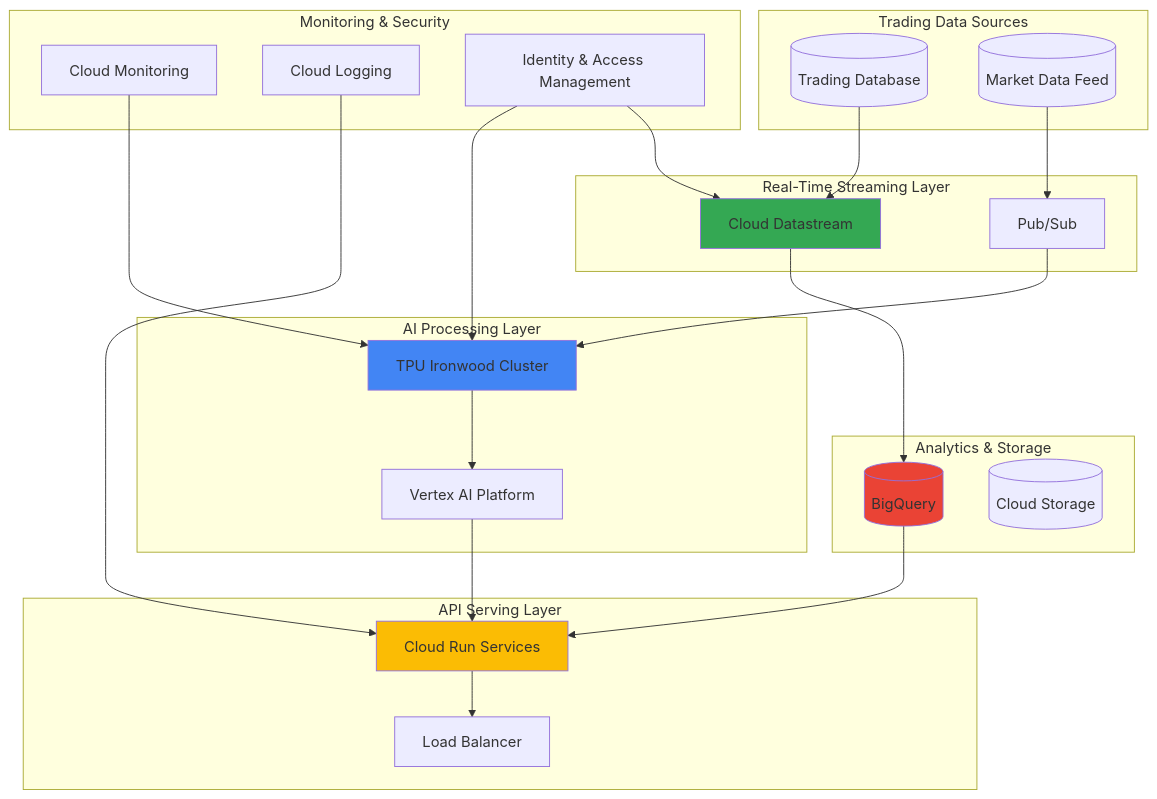
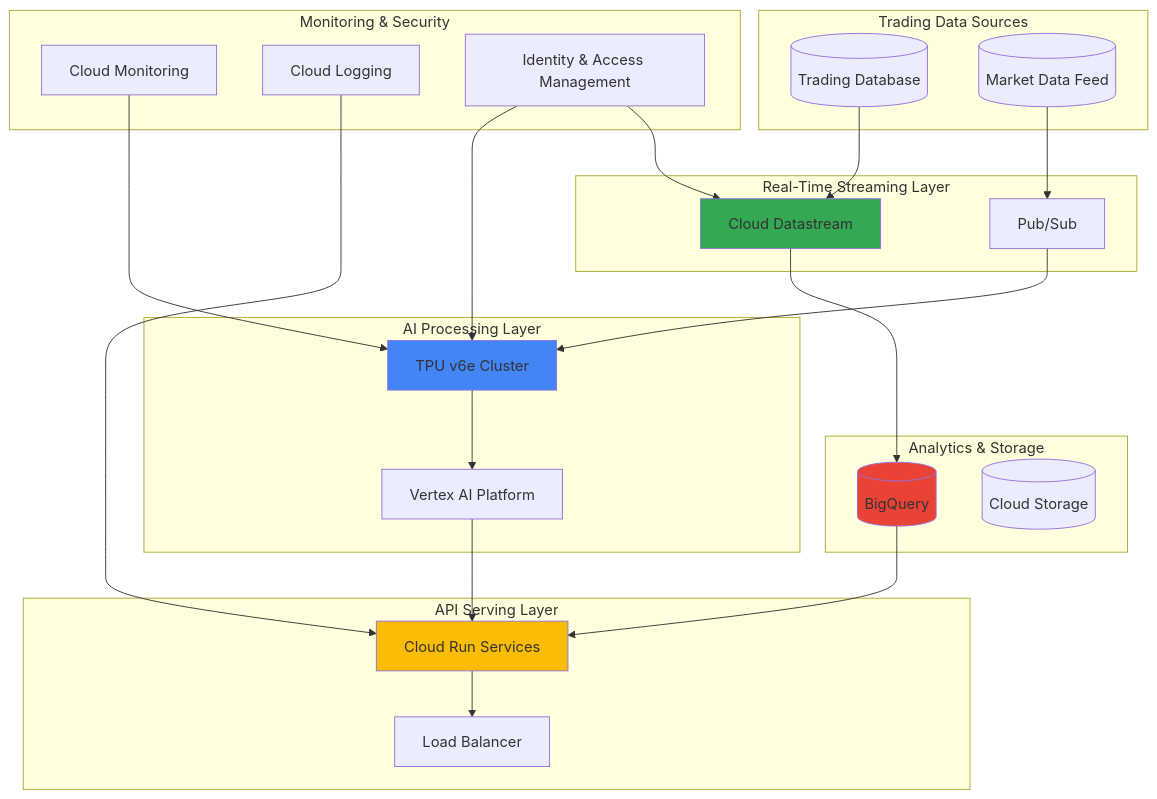
One commit to mzazon/awesome-cloud-projects changed the diagram in gcp/high-frequency-trading-risk-analytics-tpu-ironwood-cloud-datastream/high-frequency-trading-risk-analytics-tpu-ironwood-cloud-datastream.md. Above: the diagram before and after it, drawn with Mermaid. The commit also changed other lines of this file and 5581 other files, not shown here.

````diff
--- a/gcp/high-frequency-trading-risk-analytics-tpu-ironwood-cloud-datastream/high-frequency-trading-risk-analytics-tpu-ironwood-cloud-datastream.md
+++ b/gcp/high-frequency-trading-risk-analytics-tpu-ironwood-cloud-datastream/high-frequency-trading-risk-analytics-tpu-ironwood-cloud-datastream.md
@@ -30,52 +30,52 @@
 ```mermaid
 graph TB
     subgraph "Trading Data Sources"
         TRADING_DB[(Trading Database)]
         MARKET_DATA[(Market Data Feed)]
     end
     
     subgraph "Real-Time Streaming Layer"
         DATASTREAM[Cloud Datastream]
         PUBSUB[Pub/Sub]
     end
     
     subgraph "AI Processing Layer"
-        TPU_IRONWOOD[TPU Ironwood Cluster]
+        TPU_V6E[TPU v6e Cluster]
         VERTEX_AI[Vertex AI Platform]
     end
     
     subgraph "Analytics & Storage"
         BIGQUERY[(BigQuery)]
         CLOUD_STORAGE[(Cloud Storage)]
     end
     
     subgraph "API Serving Layer"
         CLOUD_RUN[Cloud Run Services]
         LOAD_BALANCER[Load Balancer]
     end
     
     subgraph "Monitoring & Security"
         CLOUD_MONITORING[Cloud Monitoring]
         CLOUD_LOGGING[Cloud Logging]
         IAM[Identity & Access Management]
     end
     
     TRADING_DB --> DATASTREAM
     MARKET_DATA --> PUBSUB
     DATASTREAM --> BIGQUERY
-    PUBSUB --> TPU_IRONWOOD
-    TPU_IRONWOOD --> VERTEX_AI
+    PUBSUB --> TPU_V6E
+    TPU_V6E --> VERTEX_AI
     VERTEX_AI --> CLOUD_RUN
     BIGQUERY --> CLOUD_RUN
     CLOUD_RUN --> LOAD_BALANCER
     
-    CLOUD_MONITORING --> TPU_IRONWOOD
+    CLOUD_MONITORING --> TPU_V6E
     CLOUD_LOGGING --> CLOUD_RUN
     IAM --> DATASTREAM
-    IAM --> TPU_IRONWOOD
+    IAM --> TPU_V6E
     
-    style TPU_IRONWOOD fill:#4285f4
+    style TPU_V6E fill:#4285f4
     style DATASTREAM fill:#34a853
     style BIGQUERY fill:#ea4335
     style CLOUD_RUN fill:#fbbc04
 ```
````
